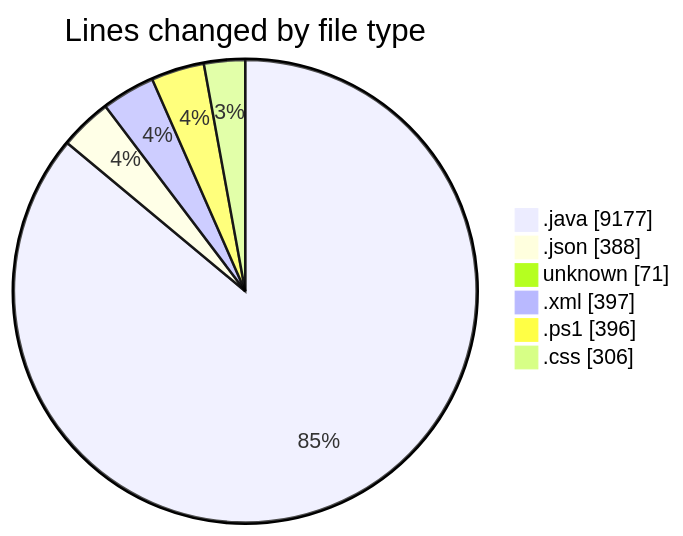
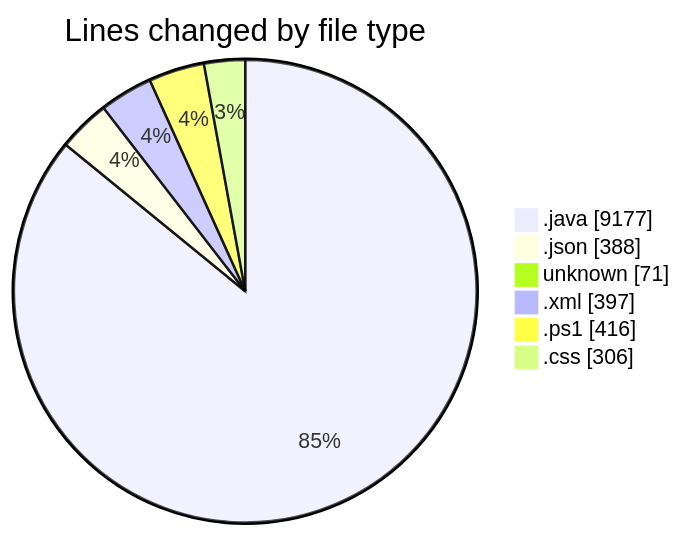
One commit to charlie-sans/code-tracking changed the first of 2 diagrams in 2025-02-25/micros/README.md. Above: the diagram before and after it, drawn with Mermaid. The commit also changed other lines of this file and 1 other file, not shown here.

````diff
--- a/2025-02-25/micros/README.md
+++ b/2025-02-25/micros/README.md
@@ -62,10 +62,10 @@
 ```mermaid
 pie showData
 title Lines changed by file type
 ".java" : 9177
 ".json" : 388
 "unknown" : 71
 ".xml" : 397
-".ps1" : 396
+".ps1" : 416
 ".css" : 306
 ```
````
